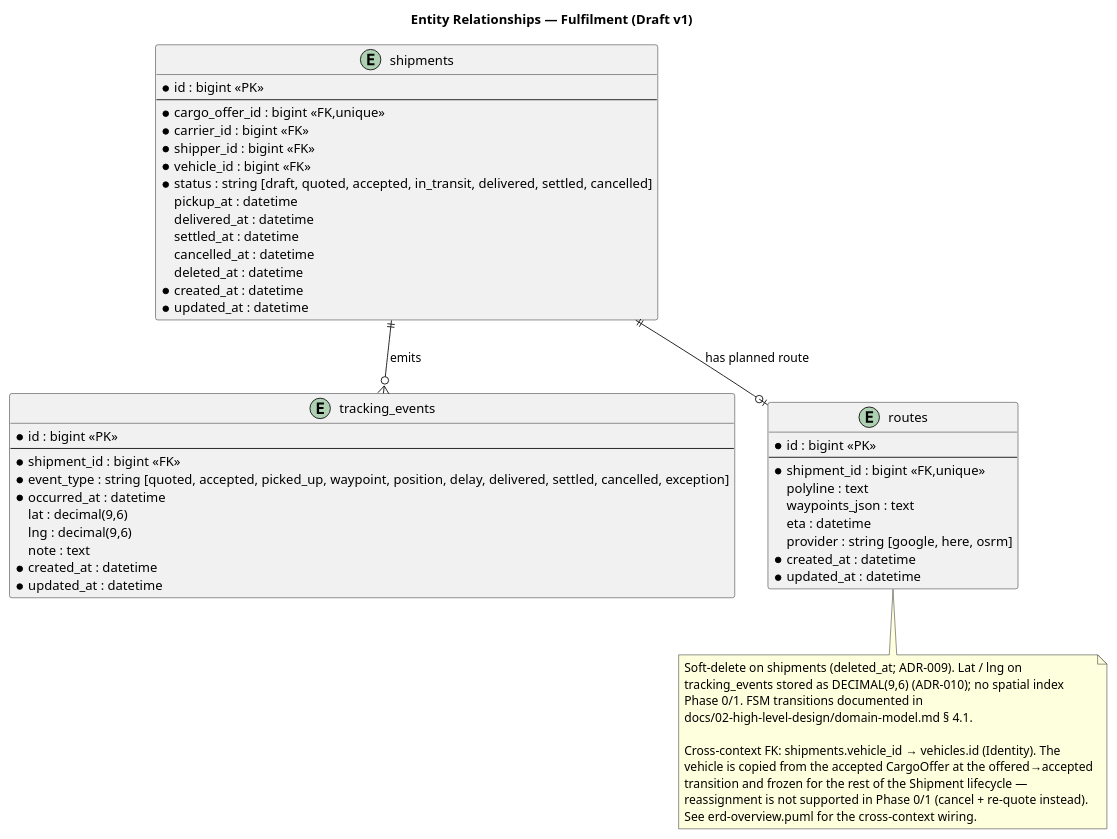
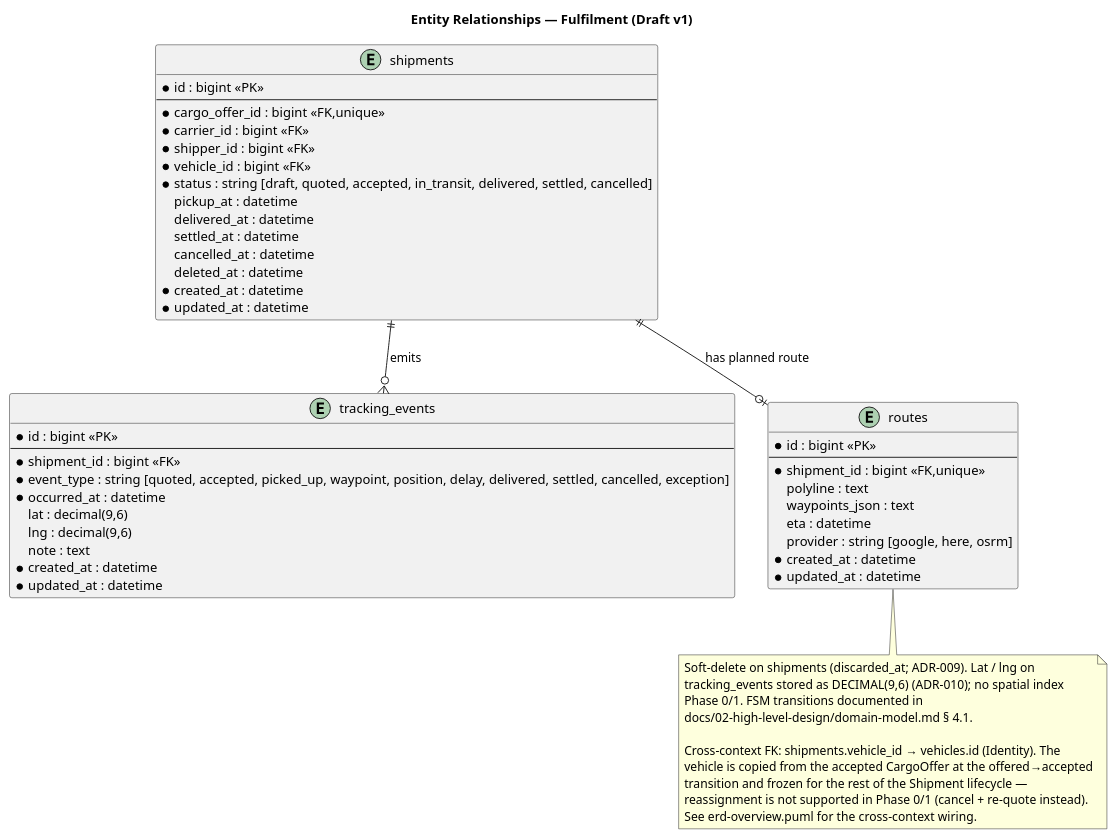
Before and after one commit to matias-ferrero/Truckr: the diagram in docs/04-database-diagrams/erd-fulfilment.puml, drawn with PlantUML. The commit also changed 24 other files, not shown here.

```diff
--- a/docs/04-database-diagrams/erd-fulfilment.puml
+++ b/docs/04-database-diagrams/erd-fulfilment.puml
@@ -1,62 +1,62 @@
 @startuml erd-fulfilment
 title Entity Relationships — Fulfilment (Draft v1)
 
 entity "shipments" as s {
   * id : bigint <<PK>>
   --
   * cargo_offer_id : bigint <<FK,unique>>
   * carrier_id : bigint <<FK>>
   * shipper_id : bigint <<FK>>
   * vehicle_id : bigint <<FK>>
   * status : string [draft, quoted, accepted, in_transit, delivered, settled, cancelled]
   pickup_at : datetime
   delivered_at : datetime
   settled_at : datetime
   cancelled_at : datetime
   deleted_at : datetime
   * created_at : datetime
   * updated_at : datetime
 }
 
 entity "tracking_events" as te {
   * id : bigint <<PK>>
   --
   * shipment_id : bigint <<FK>>
   * event_type : string [quoted, accepted, picked_up, waypoint, position, delay, delivered, settled, cancelled, exception]
   * occurred_at : datetime
   lat : decimal(9,6)
   lng : decimal(9,6)
   note : text
   * created_at : datetime
   * updated_at : datetime
 }
 
 entity "routes" as r {
   * id : bigint <<PK>>
   --
   * shipment_id : bigint <<FK,unique>>
   polyline : text
   waypoints_json : text
   eta : datetime
   provider : string [google, here, osrm]
   * created_at : datetime
   * updated_at : datetime
 }
 
 s ||--o{ te : "emits"
 s ||--o| r : "has planned route"
 
 note bottom
-  Soft-delete on shipments (deleted_at; ADR-009). Lat / lng on
+  Soft-delete on shipments (discarded_at; ADR-009). Lat / lng on
   tracking_events stored as DECIMAL(9,6) (ADR-010); no spatial index
   Phase 0/1. FSM transitions documented in
   docs/02-high-level-design/domain-model.md § 4.1.
 
   Cross-context FK: shipments.vehicle_id → vehicles.id (Identity). The
   vehicle is copied from the accepted CargoOffer at the offered→accepted
   transition and frozen for the rest of the Shipment lifecycle —
   reassignment is not supported in Phase 0/1 (cancel + re-quote instead).
   See erd-overview.puml for the cross-context wiring.
 end note
 
 @enduml
```
